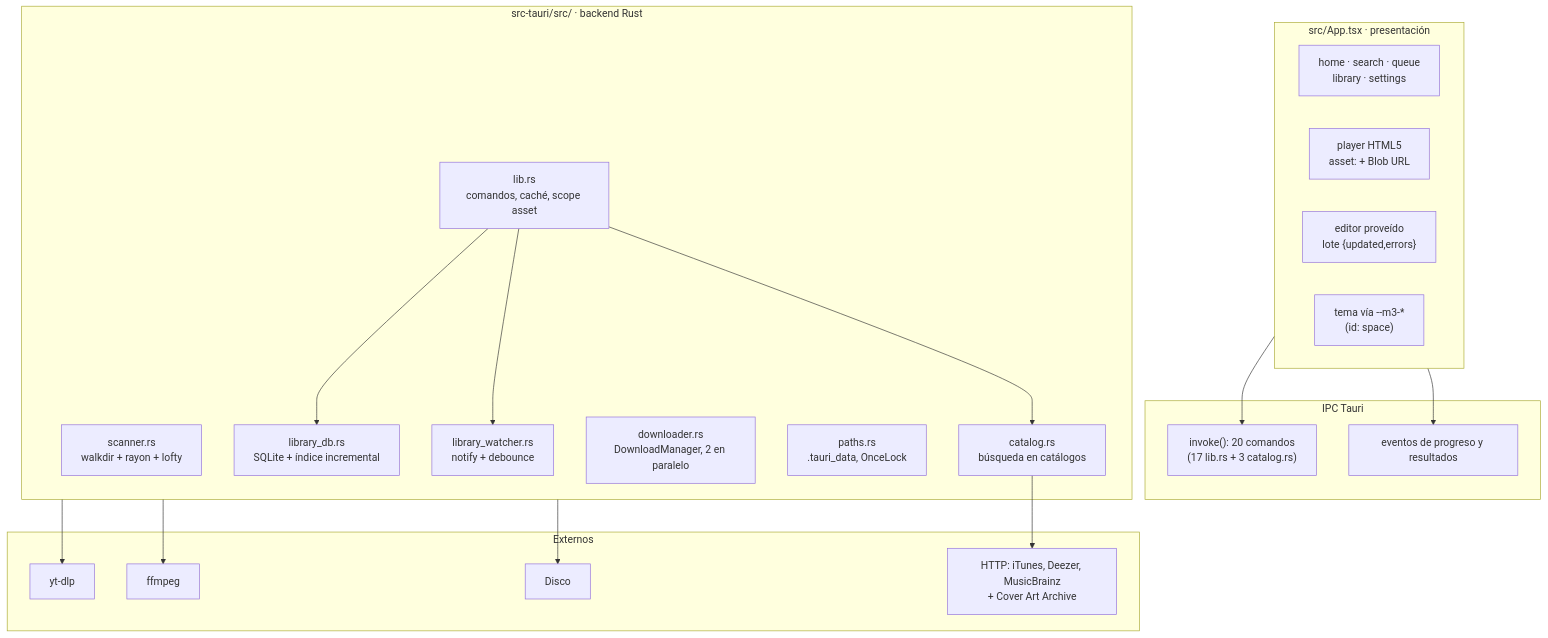
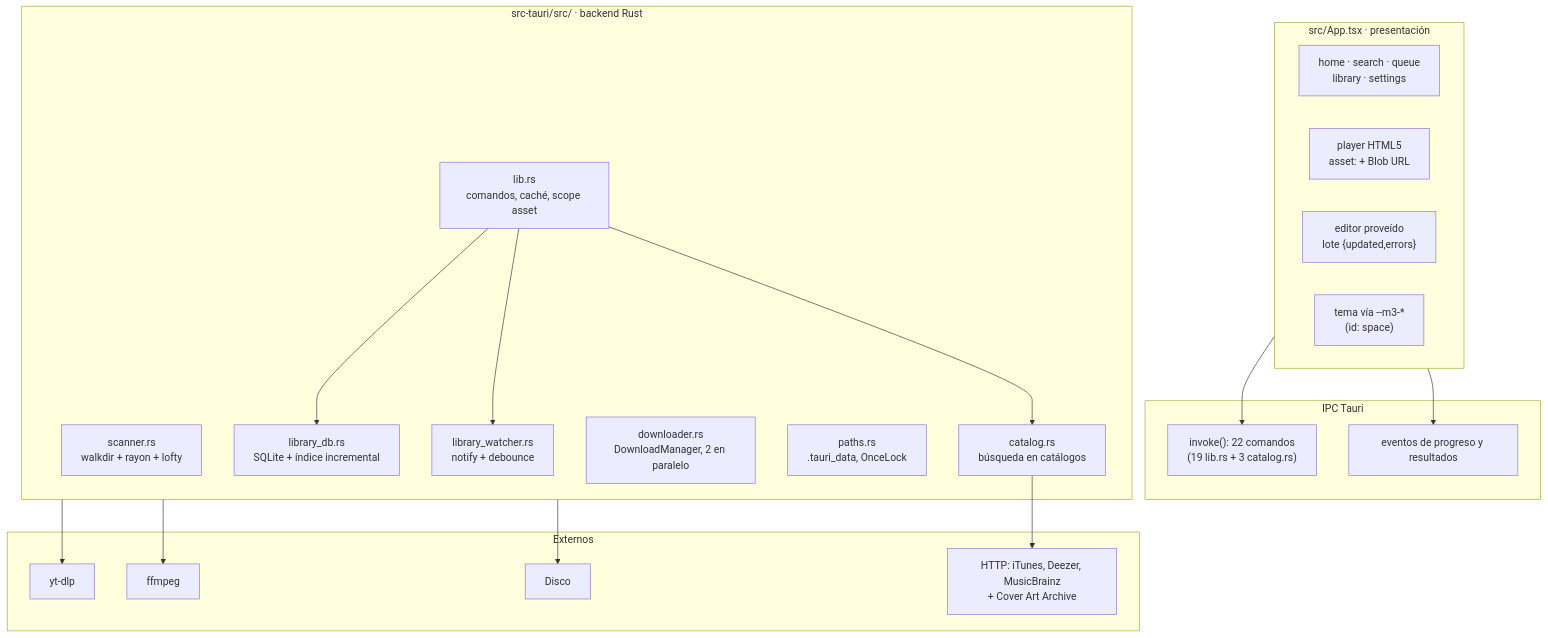
Before and after one commit to YordanoCS1/sakura-music: the second of 5 diagrams in docs/arquitectura.md, drawn with Mermaid. The commit also changed 22 other files, not shown here.

````diff
--- a/docs/arquitectura.md
+++ b/docs/arquitectura.md
@@ -26,41 +26,41 @@
 ```mermaid
 flowchart TB
     subgraph UI["src/App.tsx · presentación"]
         HOME["home · search · queue<br/>library · settings"]
         PLAYER["player HTML5<br/>asset: + Blob URL"]
         EDITOR["editor proveído<br/>lote {updated,errors}"]
         THEME["tema vía --m3-*<br/>(id: space)"]
     end
 
     subgraph IPC["IPC Tauri"]
-        CMD["invoke(): 20 comandos<br/>(17 lib.rs + 3 catalog.rs)"]
+        CMD["invoke(): 22 comandos<br/>(19 lib.rs + 3 catalog.rs)"]
         EVT["eventos de progreso y resultados"]
     end
 
     subgraph CORE["src-tauri/src/ · backend Rust"]
         SCAN["scanner.rs<br/>walkdir + rayon + lofty"]
         DB["library_db.rs<br/>SQLite + índice incremental"]
         WATCH["library_watcher.rs<br/>notify + debounce"]
         DL["downloader.rs<br/>DownloadManager, 2 en paralelo"]
         PATH["paths.rs<br/>.tauri_data, OnceLock"]
         LIB["lib.rs<br/>comandos, caché, scope asset"]
         CATALOG["catalog.rs<br/>búsqueda en catálogos"]
     end
 
     subgraph EXT["Externos"]
         YTDLP["yt-dlp"]
         FFMPEG["ffmpeg"]
         NET["HTTP: iTunes, Deezer, MusicBrainz<br/>+ Cover Art Archive"]
         DISK["Disco"]
     end
 
     UI --> CMD
     UI --> EVT
     LIB --> DB
     LIB --> WATCH
     LIB --> CATALOG
     CORE --> YTDLP
     CORE --> FFMPEG
     CATALOG --> NET
     CORE --> DISK
 ```
````
